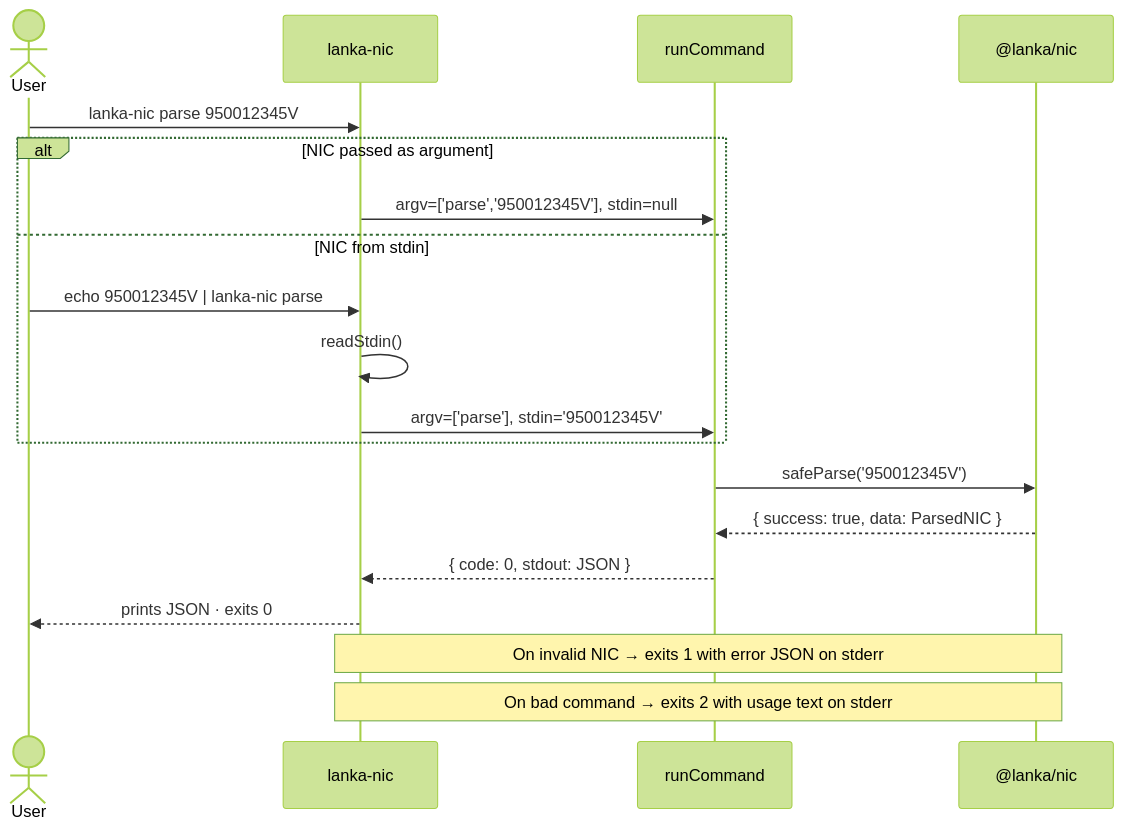
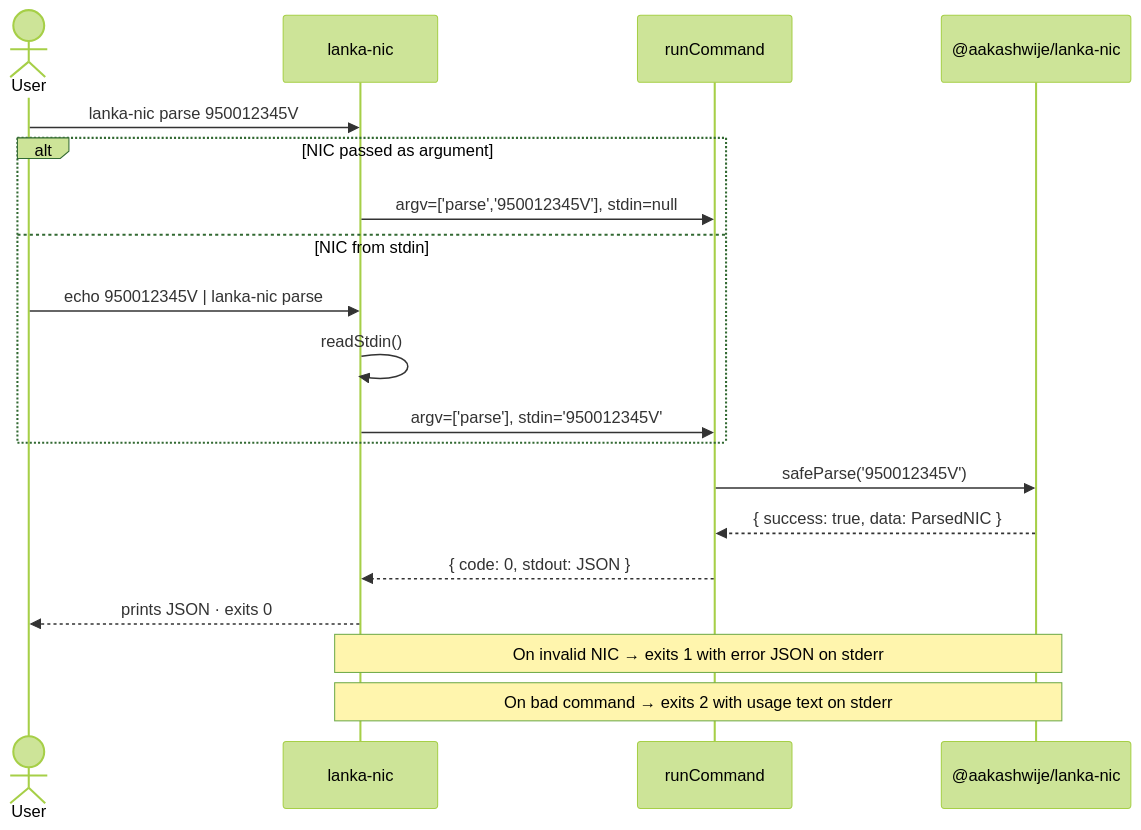
Before and after one commit to Aakashwije/lanka-nic: the third of 3 diagrams in README.md, drawn with Mermaid (forest theme). The commit also changed other lines of this file and 2 other files, not shown here.

````diff
--- a/README.md
+++ b/README.md
@@ -180,25 +180,25 @@
 ```mermaid
 sequenceDiagram
     actor User
     participant CLI as lanka-nic
     participant Core as runCommand
-    participant Lib as @lanka/nic
+    participant Lib as @aakashwije/lanka-nic
 
     User->>CLI: lanka-nic parse 950012345V
 
     alt NIC passed as argument
         CLI->>Core: argv=['parse','950012345V'], stdin=null
     else NIC from stdin
         User->>CLI: echo 950012345V | lanka-nic parse
         CLI->>CLI: readStdin()
         CLI->>Core: argv=['parse'], stdin='950012345V'
     end
 
     Core->>Lib: safeParse('950012345V')
     Lib-->>Core: { success: true, data: ParsedNIC }
     Core-->>CLI: { code: 0, stdout: JSON }
     CLI-->>User: prints JSON · exits 0
 
     Note over CLI,Lib: On invalid NIC → exits 1 with error JSON on stderr
     Note over CLI,Lib: On bad command → exits 2 with usage text on stderr
 ```
````
